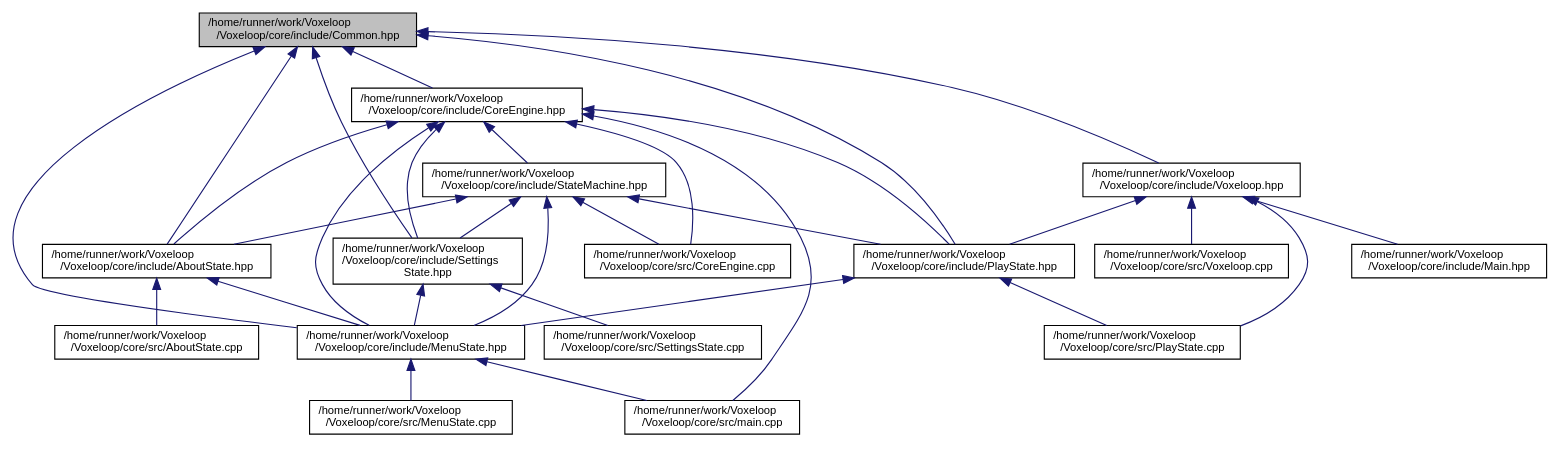
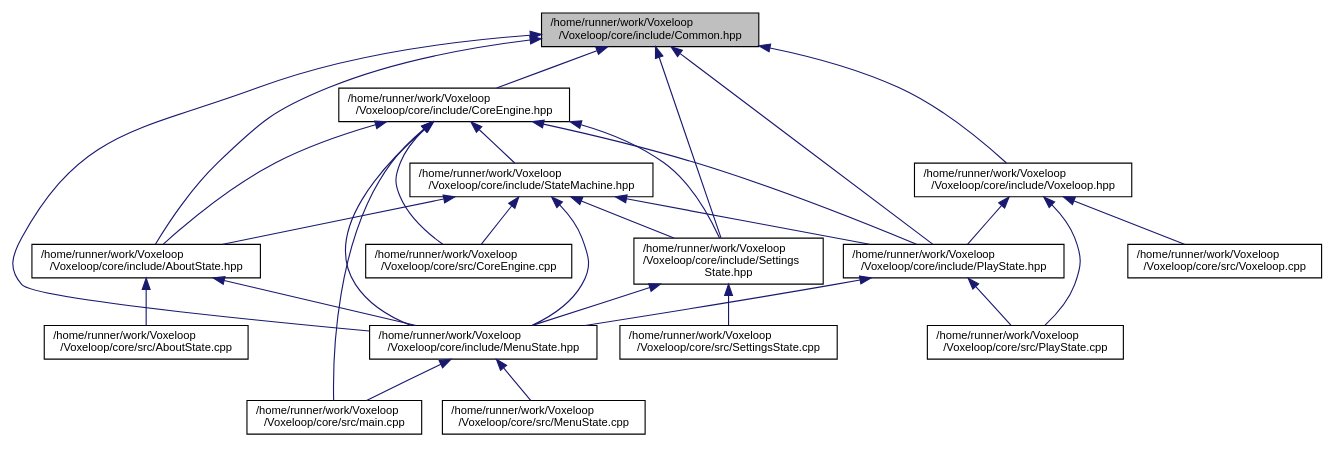
Before and after one commit to jarp0l/Voxeloop: the diagram in docs/Common_8hpp__dep__incl.dot, drawn with Graphviz. The commit also changed 109 other files, not shown here.

```diff
--- a/docs/Common_8hpp__dep__incl.dot
+++ b/docs/Common_8hpp__dep__incl.dot
@@ -1,53 +1,51 @@
 digraph "/home/runner/work/Voxeloop/Voxeloop/core/include/Common.hpp"
 {
  // INTERACTIVE_SVG=YES
  // LATEX_PDF_SIZE
   edge [fontname="Helvetica",fontsize="10",labelfontname="Helvetica",labelfontsize="10"];
   node [fontname="Helvetica",fontsize="10",shape=record];
   Node1 [label="/home/runner/work/Voxeloop\l/Voxeloop/core/include/Common.hpp",height=0.2,width=0.4,color="black", fillcolor="grey75", style="filled", fontcolor="black",tooltip=" "];
   Node1 -> Node2 [dir="back",color="midnightblue",fontsize="10",style="solid",fontname="Helvetica"];
   Node2 [label="/home/runner/work/Voxeloop\l/Voxeloop/core/include/AboutState.hpp",height=0.2,width=0.4,color="black", fillcolor="white", style="filled",URL="$AboutState_8hpp.html",tooltip=" "];
   Node2 -> Node3 [dir="back",color="midnightblue",fontsize="10",style="solid",fontname="Helvetica"];
   Node3 [label="/home/runner/work/Voxeloop\l/Voxeloop/core/include/MenuState.hpp",height=0.2,width=0.4,color="black", fillcolor="white", style="filled",URL="$MenuState_8hpp.html",tooltip=" "];
   Node3 -> Node4 [dir="back",color="midnightblue",fontsize="10",style="solid",fontname="Helvetica"];
   Node4 [label="/home/runner/work/Voxeloop\l/Voxeloop/core/src/main.cpp",height=0.2,width=0.4,color="black", fillcolor="white", style="filled",URL="$main_8cpp.html",tooltip=" "];
   Node3 -> Node5 [dir="back",color="midnightblue",fontsize="10",style="solid",fontname="Helvetica"];
   Node5 [label="/home/runner/work/Voxeloop\l/Voxeloop/core/src/MenuState.cpp",height=0.2,width=0.4,color="black", fillcolor="white", style="filled",URL="$MenuState_8cpp.html",tooltip=" "];
   Node2 -> Node6 [dir="back",color="midnightblue",fontsize="10",style="solid",fontname="Helvetica"];
   Node6 [label="/home/runner/work/Voxeloop\l/Voxeloop/core/src/AboutState.cpp",height=0.2,width=0.4,color="black", fillcolor="white", style="filled",URL="$AboutState_8cpp.html",tooltip=" "];
   Node1 -> Node7 [dir="back",color="midnightblue",fontsize="10",style="solid",fontname="Helvetica"];
   Node7 [label="/home/runner/work/Voxeloop\l/Voxeloop/core/include/CoreEngine.hpp",height=0.2,width=0.4,color="black", fillcolor="white", style="filled",URL="$CoreEngine_8hpp.html",tooltip=" "];
   Node7 -> Node2 [dir="back",color="midnightblue",fontsize="10",style="solid",fontname="Helvetica"];
   Node7 -> Node8 [dir="back",color="midnightblue",fontsize="10",style="solid",fontname="Helvetica"];
   Node8 [label="/home/runner/work/Voxeloop\l/Voxeloop/core/include/StateMachine.hpp",height=0.2,width=0.4,color="black", fillcolor="white", style="filled",URL="$StateMachine_8hpp.html",tooltip=" "];
   Node8 -> Node2 [dir="back",color="midnightblue",fontsize="10",style="solid",fontname="Helvetica"];
   Node8 -> Node9 [dir="back",color="midnightblue",fontsize="10",style="solid",fontname="Helvetica"];
   Node9 [label="/home/runner/work/Voxeloop\l/Voxeloop/core/include/PlayState.hpp",height=0.2,width=0.4,color="black", fillcolor="white", style="filled",URL="$PlayState_8hpp.html",tooltip=" "];
   Node9 -> Node3 [dir="back",color="midnightblue",fontsize="10",style="solid",fontname="Helvetica"];
   Node9 -> Node10 [dir="back",color="midnightblue",fontsize="10",style="solid",fontname="Helvetica"];
   Node10 [label="/home/runner/work/Voxeloop\l/Voxeloop/core/src/PlayState.cpp",height=0.2,width=0.4,color="black", fillcolor="white", style="filled",URL="$PlayState_8cpp.html",tooltip=" "];
   Node8 -> Node11 [dir="back",color="midnightblue",fontsize="10",style="solid",fontname="Helvetica"];
   Node11 [label="/home/runner/work/Voxeloop\l/Voxeloop/core/include/Settings\lState.hpp",height=0.2,width=0.4,color="black", fillcolor="white", style="filled",URL="$SettingsState_8hpp.html",tooltip=" "];
   Node11 -> Node3 [dir="back",color="midnightblue",fontsize="10",style="solid",fontname="Helvetica"];
   Node11 -> Node12 [dir="back",color="midnightblue",fontsize="10",style="solid",fontname="Helvetica"];
   Node12 [label="/home/runner/work/Voxeloop\l/Voxeloop/core/src/SettingsState.cpp",height=0.2,width=0.4,color="black", fillcolor="white", style="filled",URL="$SettingsState_8cpp.html",tooltip=" "];
   Node8 -> Node3 [dir="back",color="midnightblue",fontsize="10",style="solid",fontname="Helvetica"];
   Node8 -> Node13 [dir="back",color="midnightblue",fontsize="10",style="solid",fontname="Helvetica"];
   Node13 [label="/home/runner/work/Voxeloop\l/Voxeloop/core/src/CoreEngine.cpp",height=0.2,width=0.4,color="black", fillcolor="white", style="filled",URL="$CoreEngine_8cpp.html",tooltip=" "];
   Node7 -> Node3 [dir="back",color="midnightblue",fontsize="10",style="solid",fontname="Helvetica"];
   Node7 -> Node9 [dir="back",color="midnightblue",fontsize="10",style="solid",fontname="Helvetica"];
   Node7 -> Node11 [dir="back",color="midnightblue",fontsize="10",style="solid",fontname="Helvetica"];
   Node7 -> Node13 [dir="back",color="midnightblue",fontsize="10",style="solid",fontname="Helvetica"];
   Node7 -> Node4 [dir="back",color="midnightblue",fontsize="10",style="solid",fontname="Helvetica"];
+  Node1 -> Node3 [dir="back",color="midnightblue",fontsize="10",style="solid",fontname="Helvetica"];
+  Node1 -> Node9 [dir="back",color="midnightblue",fontsize="10",style="solid",fontname="Helvetica"];
   Node1 -> Node14 [dir="back",color="midnightblue",fontsize="10",style="solid",fontname="Helvetica"];
   Node14 [label="/home/runner/work/Voxeloop\l/Voxeloop/core/include/Voxeloop.hpp",height=0.2,width=0.4,color="black", fillcolor="white", style="filled",URL="$Voxeloop_8hpp.html",tooltip=" "];
-  Node14 -> Node15 [dir="back",color="midnightblue",fontsize="10",style="solid",fontname="Helvetica"];
-  Node15 [label="/home/runner/work/Voxeloop\l/Voxeloop/core/include/Main.hpp",height=0.2,width=0.4,color="black", fillcolor="white", style="filled",URL="$Main_8hpp.html",tooltip=" "];
   Node14 -> Node9 [dir="back",color="midnightblue",fontsize="10",style="solid",fontname="Helvetica"];
   Node14 -> Node10 [dir="back",color="midnightblue",fontsize="10",style="solid",fontname="Helvetica"];
-  Node14 -> Node16 [dir="back",color="midnightblue",fontsize="10",style="solid",fontname="Helvetica"];
-  Node16 [label="/home/runner/work/Voxeloop\l/Voxeloop/core/src/Voxeloop.cpp",height=0.2,width=0.4,color="black", fillcolor="white", style="filled",URL="$Voxeloop_8cpp.html",tooltip=" "];
-  Node1 -> Node3 [dir="back",color="midnightblue",fontsize="10",style="solid",fontname="Helvetica"];
-  Node1 -> Node9 [dir="back",color="midnightblue",fontsize="10",style="solid",fontname="Helvetica"];
+  Node14 -> Node15 [dir="back",color="midnightblue",fontsize="10",style="solid",fontname="Helvetica"];
+  Node15 [label="/home/runner/work/Voxeloop\l/Voxeloop/core/src/Voxeloop.cpp",height=0.2,width=0.4,color="black", fillcolor="white", style="filled",URL="$Voxeloop_8cpp.html",tooltip=" "];
   Node1 -> Node11 [dir="back",color="midnightblue",fontsize="10",style="solid",fontname="Helvetica"];
 }
```
